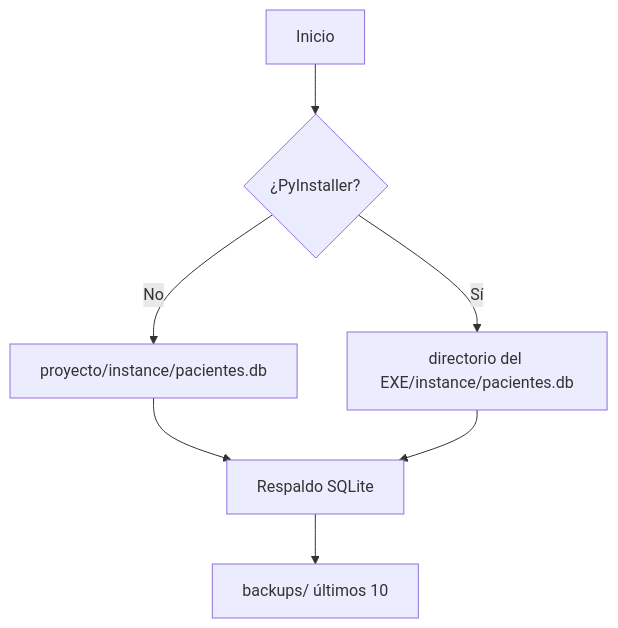
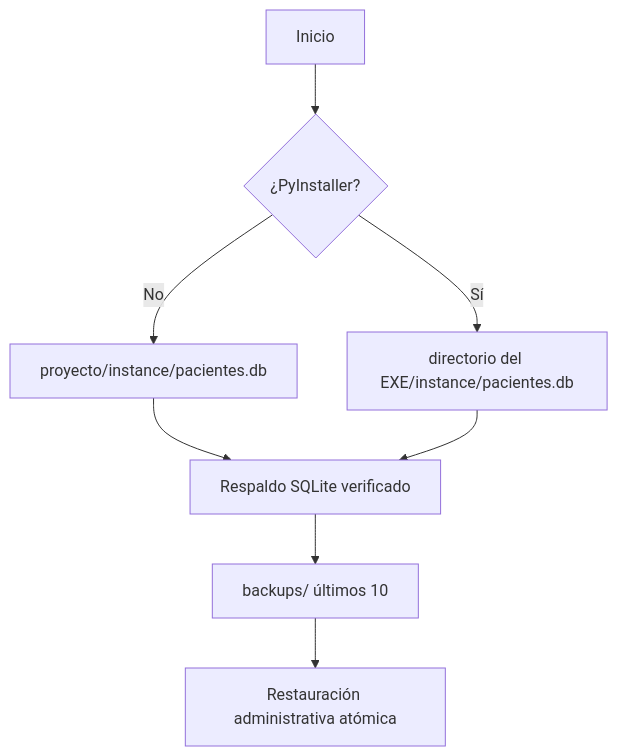
One commit to tbtkd/sgp_base changed the diagram in ARCHITECTURE.md. Above: the diagram before and after it, drawn with Mermaid. The commit also changed other lines of this file and 66 other files, not shown here.

````diff
--- a/ARCHITECTURE.md
+++ b/ARCHITECTURE.md
@@ -33,9 +33,10 @@
 ```mermaid
 flowchart TD
     A["Inicio"] --> B{"¿PyInstaller?"}
     B -- No --> C["proyecto/instance/pacientes.db"]
     B -- Sí --> D["directorio del EXE/instance/pacientes.db"]
-    C --> E["Respaldo SQLite"]
+    C --> E["Respaldo SQLite verificado"]
     D --> E
     E --> F["backups/ últimos 10"]
+    F --> G["Restauración administrativa atómica"]
 ```
````
